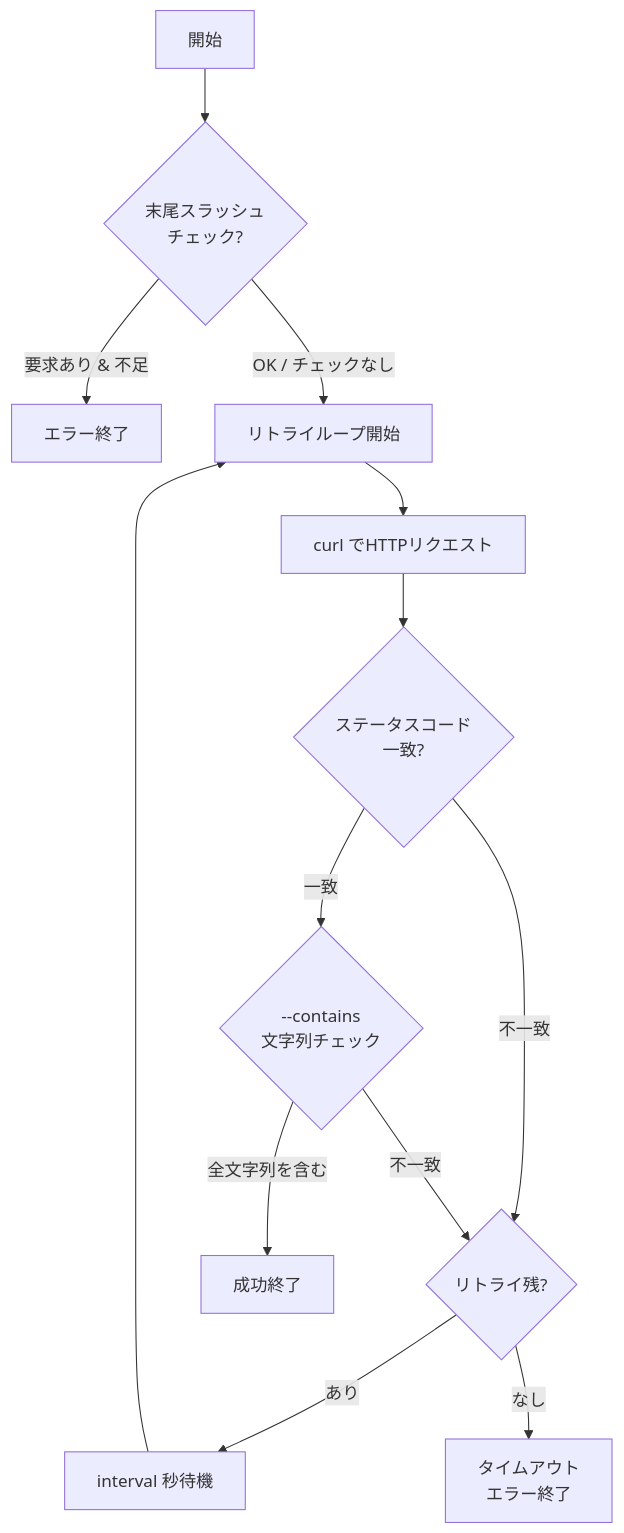
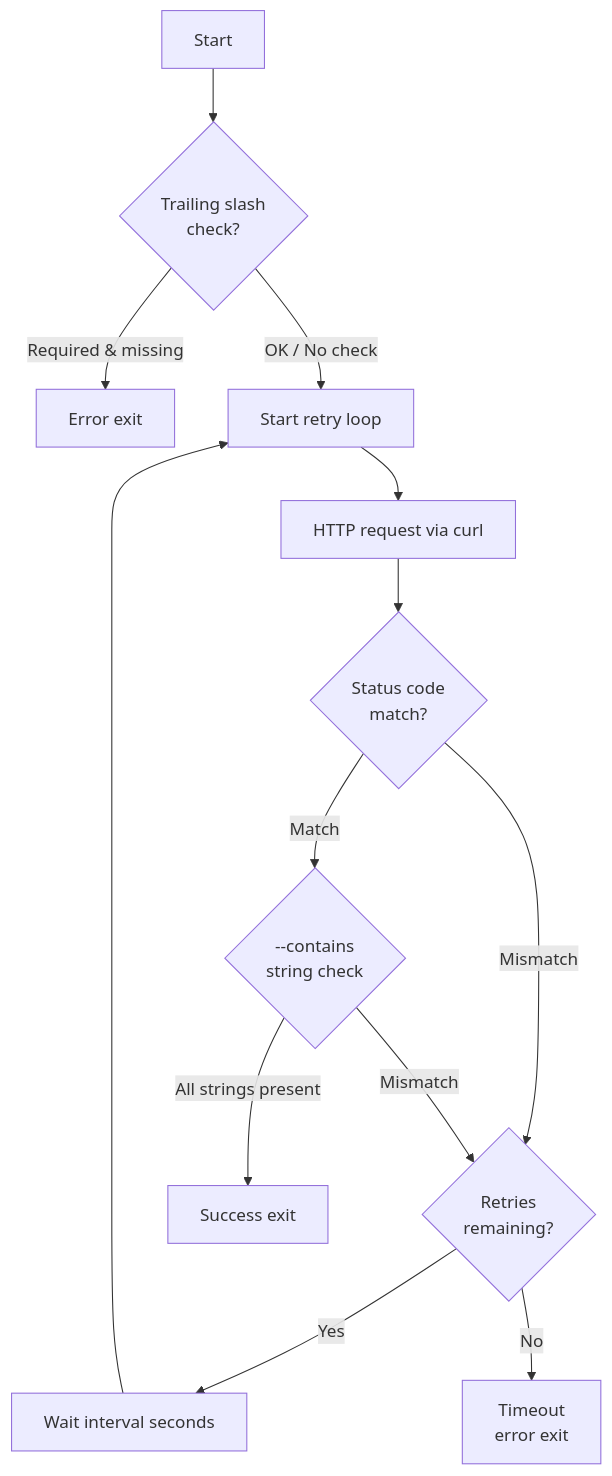
The third of 3 diagrams in docs/e2e.md (nuitsjp/azure-blob-storage-site-deploy-dev), drawn with Mermaid before and after one commit. The commit also changed other lines of this file and 13 other files, not shown here.

````diff
--- a/docs/e2e.md
+++ b/docs/e2e.md
@@ -301,14 +303,14 @@
 ```mermaid
 flowchart TD
-    S[開始] --> TS{末尾スラッシュ<br/>チェック?}
-    TS -->|要求あり & 不足| F1[エラー終了]
-    TS -->|OK / チェックなし| L[リトライループ開始]
-    L --> C[curl でHTTPリクエスト]
-    C --> SC{ステータスコード<br/>一致?}
-    SC -->|不一致| R{リトライ残?}
-    SC -->|一致| BC{--contains<br/>文字列チェック}
-    BC -->|全文字列を含む| OK[成功終了]
-    BC -->|不一致| R
-    R -->|あり| W[interval 秒待機] --> L
-    R -->|なし| F2[タイムアウト<br/>エラー終了]
+    S[Start] --> TS{Trailing slash<br/>check?}
+    TS -->|Required & missing| F1[Error exit]
+    TS -->|OK / No check| L[Start retry loop]
+    L --> C[HTTP request via curl]
+    C --> SC{Status code<br/>match?}
+    SC -->|Mismatch| R{Retries<br/>remaining?}
+    SC -->|Match| BC{--contains<br/>string check}
+    BC -->|All strings present| OK[Success exit]
+    BC -->|Mismatch| R
+    R -->|Yes| W[Wait interval seconds] --> L
+    R -->|No| F2[Timeout<br/>error exit]
 ```
````
